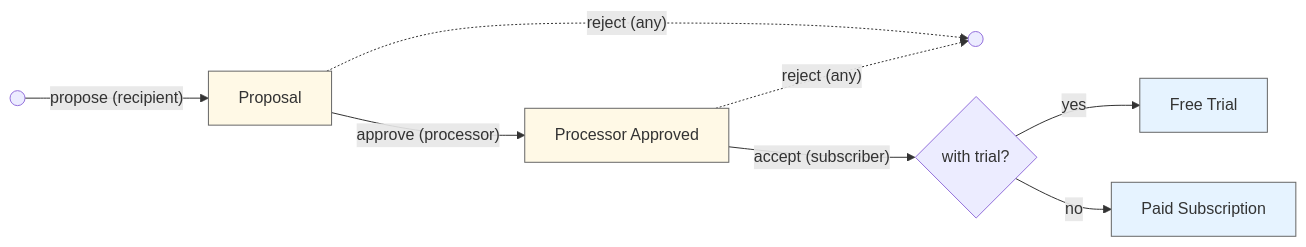
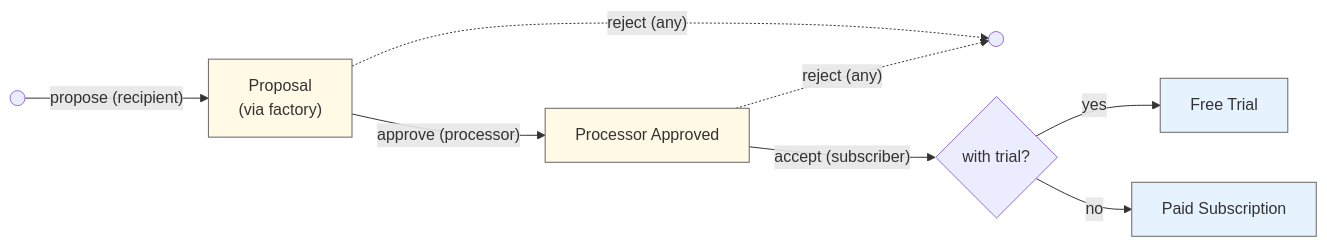
The fifth of 7 diagrams in Subscriptions-v01/README.md (Fairmint/open-captable-protocol-daml), drawn with Mermaid before and after one commit. The commit also changed other lines of this file and 9 other files, not shown here.

````diff
--- a/Subscriptions-v01/README.md
+++ b/Subscriptions-v01/README.md
@@ -129,15 +138,15 @@
 ```mermaid
 flowchart LR
-    Start(( )) --> |"propose (recipient)"| RP[Proposal]
+    Start(( )) --> |"propose (recipient)"| RP["Proposal<br>(via factory)"]
     RP -->|"approve (processor)"| PA[Processor Approved]
     RP -.->|"reject (any)"| End(( ))
     PA -->|"accept (subscriber)"| Choice{with trial?}
     PA -.->|"reject (any)"| End
     Choice -->|yes| FT[Free Trial]
     Choice -->|no| PS[Paid Subscription]
     
     classDef proposal fill:#fff9e6,stroke:#666
     classDef active fill:#e6f3ff,stroke:#666
     class RP,PA proposal
     class FT,PS active
 ```
````
